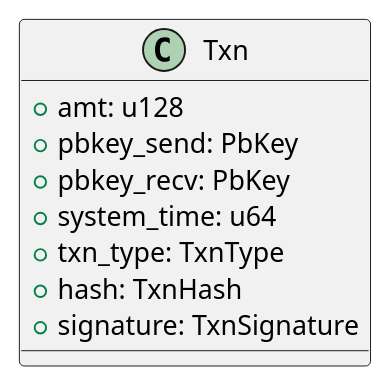
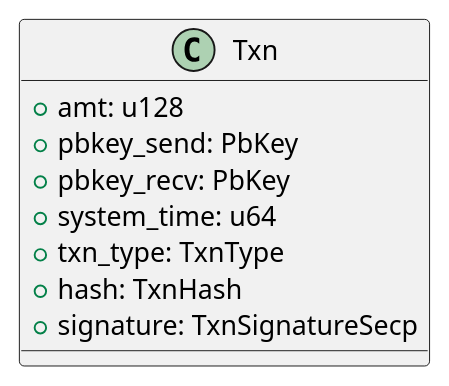
The diagram in docs/diagrams/txns.puml (mrlucciola/proof-of-stake), drawn with PlantUML before and after one commit. The commit also changed 18 other files, not shown here.

```diff
--- a/docs/diagrams/txns.puml
+++ b/docs/diagrams/txns.puml
@@ -1,13 +1,13 @@
 @startuml
 
 class "Txn" as txn {
   +amt: u128
   +pbkey_send: PbKey
   +pbkey_recv: PbKey
   +system_time: u64
   +txn_type: TxnType
   +hash: TxnHash
-  +signature: TxnSignature
+  +signature: TxnSignatureSecp
 }
 
 @enduml
```
